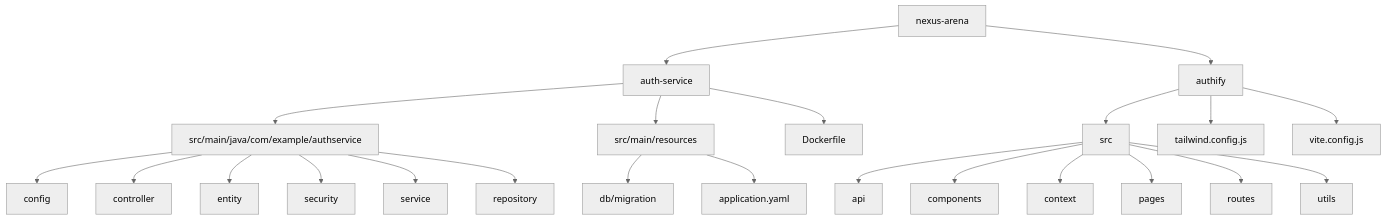
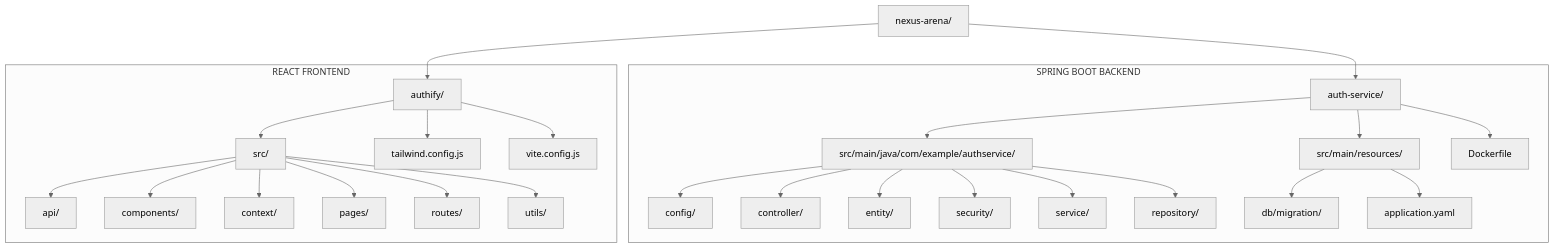
Diagram 14 of 18 in README.md (AnshCyberSec/nexus-arena), drawn with Mermaid (neutral theme) before and after one commit. The commit also changed other lines of this file, not shown here.

````diff
--- a/README.md
+++ b/README.md
@@ -400,32 +481,36 @@
 ```mermaid
 flowchart TB
-    ROOT["nexus-arena"]
+    ROOT["nexus-arena/"]
 
-    ROOT --> BACKEND["auth-service"]
-    ROOT --> FRONTEND["authify"]
+    ROOT --> BACKEND["auth-service/"]
+    ROOT --> FRONTEND["authify/"]
 
-    BACKEND --> JAVA["src/main/java/com/example/authservice"]
-    BACKEND --> RESOURCES["src/main/resources"]
-    BACKEND --> DOCKER["Dockerfile"]
+    subgraph BACKEND_STRUCTURE["SPRING BOOT BACKEND"]
+        BACKEND --> B_SRC["src/main/java/com/example/authservice/"]
+        BACKEND --> B_RES["src/main/resources/"]
+        BACKEND --> DOCKER["Dockerfile"]
 
-    JAVA --> CONFIG["config"]
-    JAVA --> CONTROLLER["controller"]
-    JAVA --> ENTITY["entity"]
-    JAVA --> SECURITY["security"]
-    JAVA --> SERVICE["service"]
-    JAVA --> REPOSITORY["repository"]
+        B_SRC --> CONFIG["config/"]
+        B_SRC --> CONTROLLER["controller/"]
+        B_SRC --> ENTITY["entity/"]
+        B_SRC --> SECURITY["security/"]
+        B_SRC --> SERVICE["service/"]
+        B_SRC --> REPOSITORY["repository/"]
 
-    RESOURCES --> MIGRATION["db/migration"]
-    RESOURCES --> YAML["application.yaml"]
+        B_RES --> MIGRATION["db/migration/"]
+        B_RES --> YAML["application.yaml"]
+    end
 
-    FRONTEND --> SRC["src"]
-    FRONTEND --> TAILWIND["tailwind.config.js"]
-    FRONTEND --> VITE["vite.config.js"]
+    subgraph FRONTEND_STRUCTURE["REACT FRONTEND"]
+        FRONTEND --> F_SRC["src/"]
+        FRONTEND --> TAILWIND["tailwind.config.js"]
+        FRONTEND --> VITE["vite.config.js"]
 
-    SRC --> API["api"]
-    SRC --> COMPONENTS["components"]
-    SRC --> CONTEXT["context"]
-    SRC --> PAGES["pages"]
-    SRC --> ROUTES["routes"]
-    SRC --> UTILS["utils"]
+        F_SRC --> API["api/"]
+        F_SRC --> COMPONENTS["components/"]
+        F_SRC --> CONTEXT["context/"]
+        F_SRC --> PAGES["pages/"]
+        F_SRC --> ROUTES["routes/"]
+        F_SRC --> UTILS["utils/"]
+    end
 ```
````
